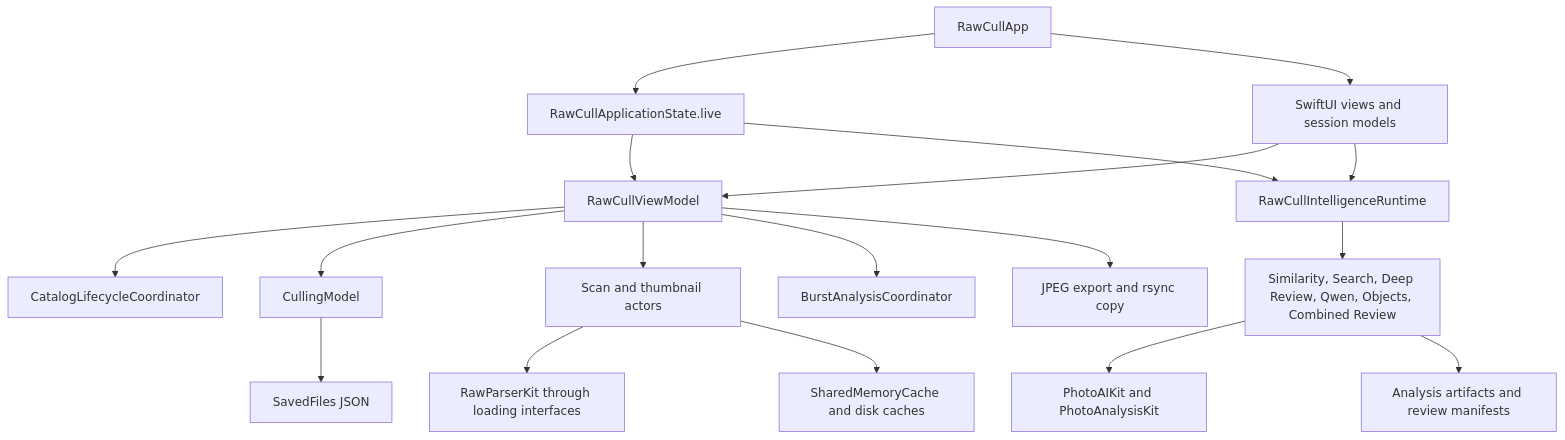
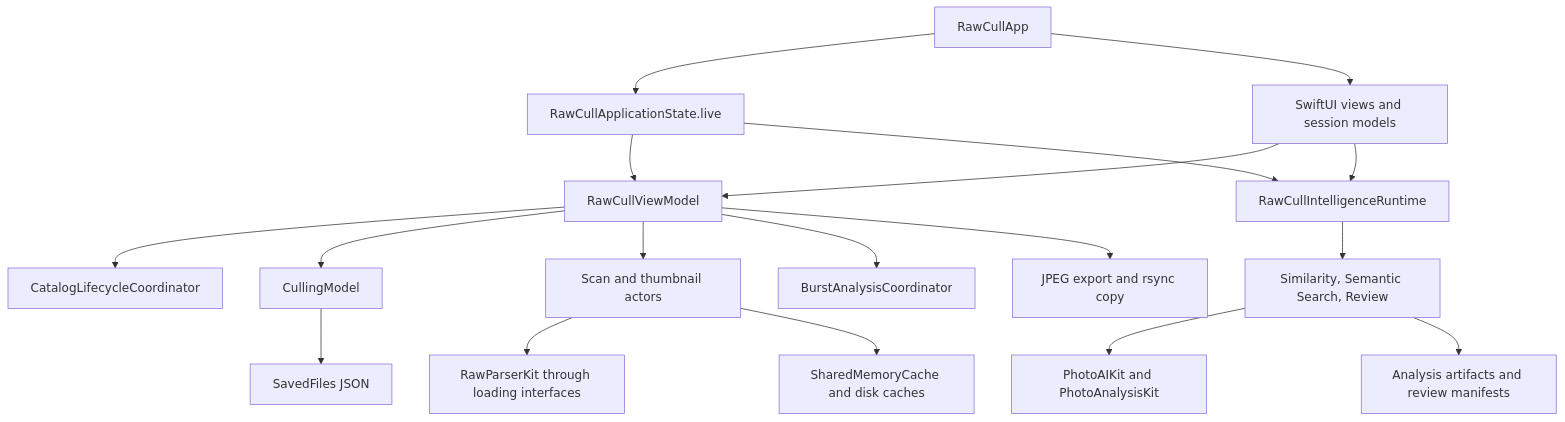
The second of 3 diagrams in content/en/docs/apidocs/rawcullapidoc.md (rsyncOSX/TechDocRawcull), drawn with Mermaid before and after one commit. The commit also changed other lines of this file and 42 other files, not shown here.

````diff
--- a/content/en/docs/apidocs/rawcullapidoc.md
+++ b/content/en/docs/apidocs/rawcullapidoc.md
@@ -297,20 +301,20 @@
 ```mermaid
 flowchart TD
     App[RawCullApp] --> Assembly[RawCullApplicationState.live]
     Assembly --> VM[RawCullViewModel]
     Assembly --> Runtime[RawCullIntelligenceRuntime]
     App --> Views[SwiftUI views and session models]
     Views --> VM
     Views --> Runtime
     VM --> Lifecycle[CatalogLifecycleCoordinator]
     VM --> Culling[CullingModel]
     VM --> Workers[Scan and thumbnail actors]
     VM --> Burst[BurstAnalysisCoordinator]
-    Runtime --> Features[Similarity, Search, Deep Review, Qwen, Objects, Combined Review]
+    Runtime --> Features[Similarity, Semantic Search, Review]
     Features --> Packages[PhotoAIKit and PhotoAnalysisKit]
     Workers --> Parser[RawParserKit through loading interfaces]
     Workers --> Cache[SharedMemoryCache and disk caches]
     Culling --> JSON[SavedFiles JSON]
     Features --> Artifacts[Analysis artifacts and review manifests]
     VM --> Export[JPEG export and rsync copy]
 ```
````
